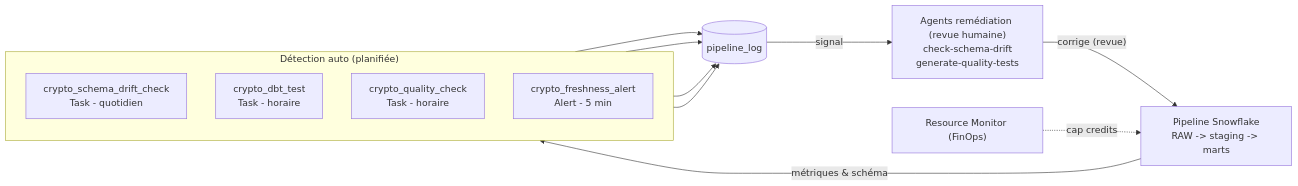
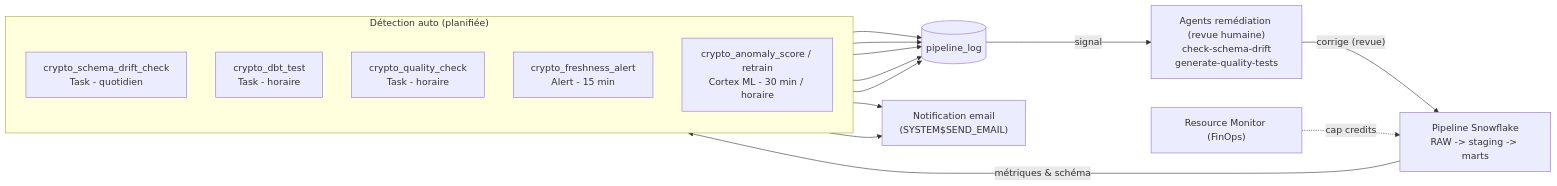
One commit to Mo-oM-1/crypto-realtime-snowflake changed the second of 2 diagrams in README.md. Above: the diagram before and after it, drawn with Mermaid. The commit also changed other lines of this file, not shown here.

````diff
--- a/README.md
+++ b/README.md
@@ -75,21 +78,26 @@
 ```mermaid
 flowchart LR
     PIPE["Pipeline Snowflake<br/>RAW -> staging -> marts"]
     subgraph DET["Détection auto (planifiée)"]
         direction TB
         DRIFT["crypto_schema_drift_check<br/>Task - quotidien"]
         DTEST["crypto_dbt_test<br/>Task - horaire"]
         QCHK["crypto_quality_check<br/>Task - horaire"]
-        FRESH["crypto_freshness_alert<br/>Alert - 5 min"]
+        FRESH["crypto_freshness_alert<br/>Alert - 15 min"]
+        ANOM["crypto_anomaly_score / retrain<br/>Cortex ML - 30 min / horaire"]
     end
     LOG[("pipeline_log")]
+    MAIL["Notification email<br/>(SYSTEM$SEND_EMAIL)"]
     REM["Agents remédiation (revue humaine)<br/>check-schema-drift<br/>generate-quality-tests"]
     PIPE -->|"métriques & schéma"| DET
     DRIFT --> LOG
     DTEST --> LOG
     QCHK --> LOG
     FRESH --> LOG
+    ANOM --> LOG
+    FRESH --> MAIL
+    ANOM --> MAIL
     LOG -->|"signal"| REM
     REM -->|"corrige (revue)"| PIPE
     RM["Resource Monitor (FinOps)"] -.->|"cap credits"| PIPE
 ```
````
